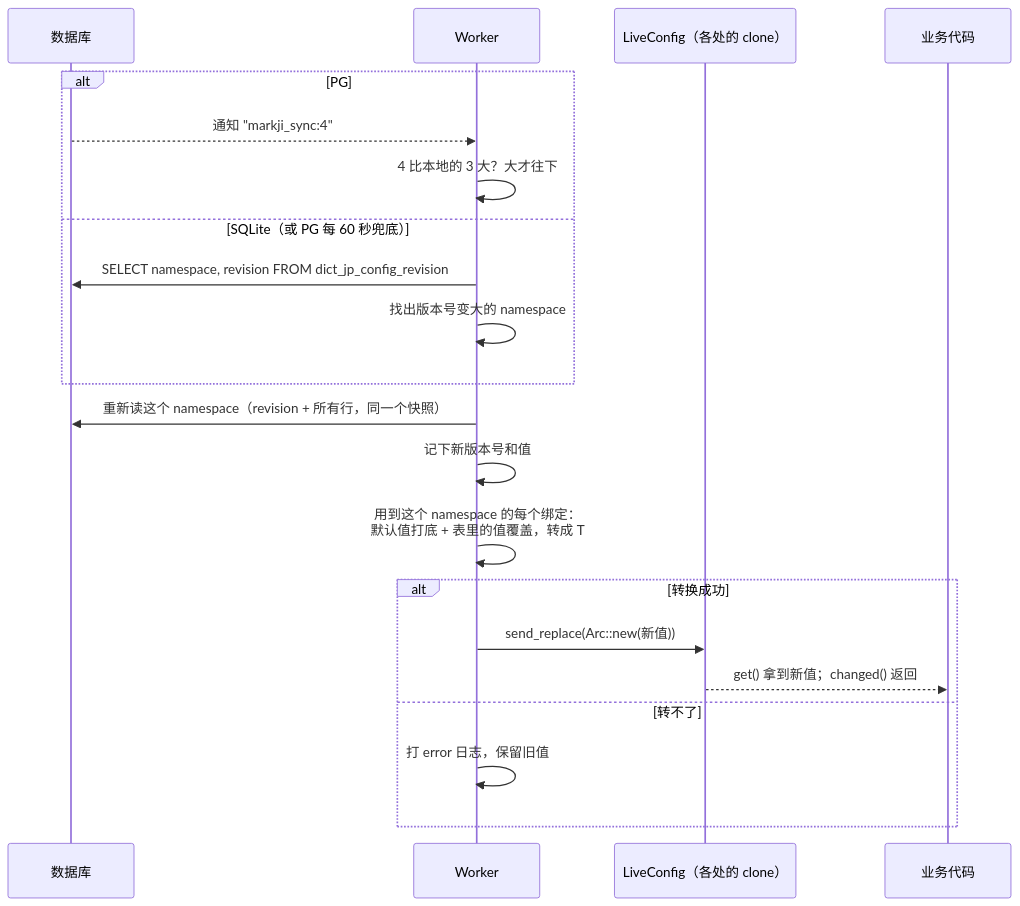
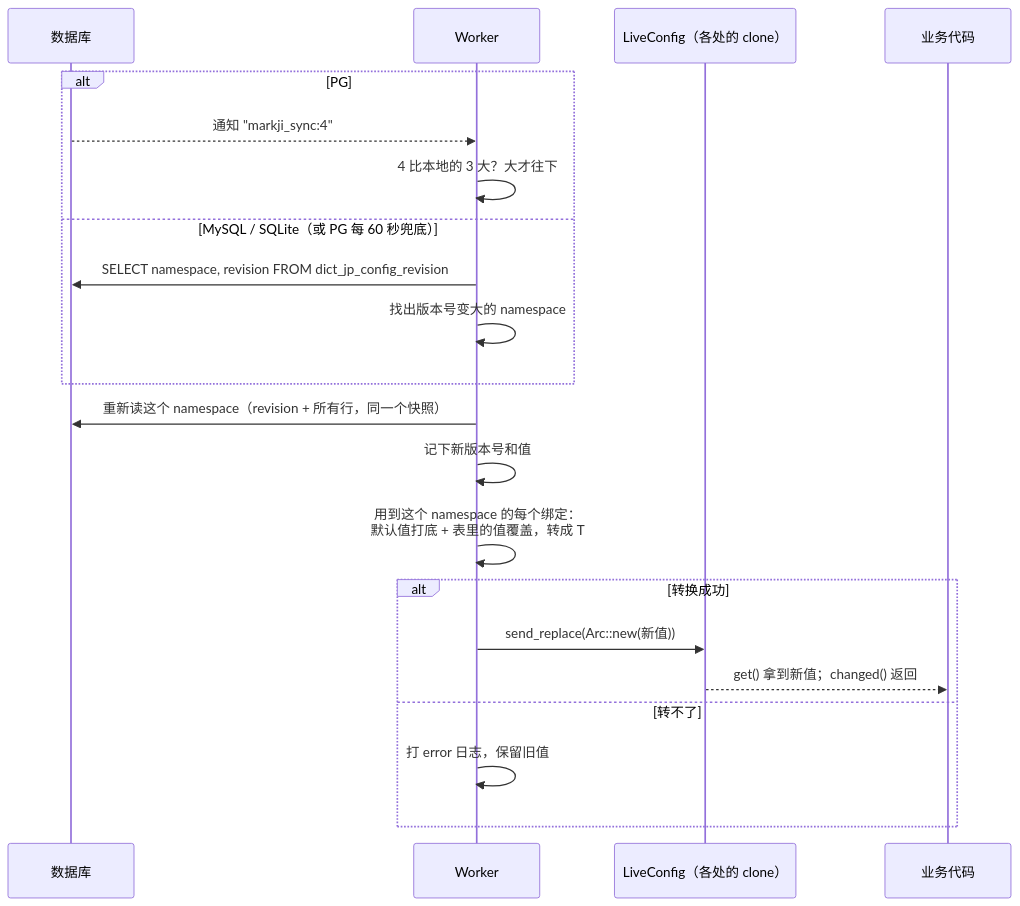
The fifth of 7 diagrams in docs/design/live-config.md (tpxxwz/hygiea), drawn with Mermaid before and after one commit. The commit also changed other lines of this file and 47 other files, not shown here.

````diff
--- a/docs/design/live-config.md
+++ b/docs/design/live-config.md
@@ -240,24 +247,24 @@
 ```mermaid
 sequenceDiagram
     participant DB as 数据库
     participant W as Worker
     participant H as LiveConfig（各处的 clone）
     participant Biz as 业务代码
 
     alt PG
         DB-->>W: 通知 "markji_sync:4"
         W->>W: 4 比本地的 3 大？大才往下
-    else SQLite（或 PG 每 60 秒兜底）
+    else MySQL / SQLite（或 PG 每 60 秒兜底）
         W->>DB: SELECT namespace, revision FROM dict_jp_config_revision
         W->>W: 找出版本号变大的 namespace
     end
     W->>DB: 重新读这个 namespace（revision + 所有行，同一个快照）
     W->>W: 记下新版本号和值
     W->>W: 用到这个 namespace 的每个绑定：<br/>默认值打底 + 表里的值覆盖，转成 T
     alt 转换成功
         W->>H: send_replace(Arc::new(新值))
         H-->>Biz: get() 拿到新值；changed() 返回
     else 转不了
         W->>W: 打 error 日志，保留旧值
     end
 ```
````
